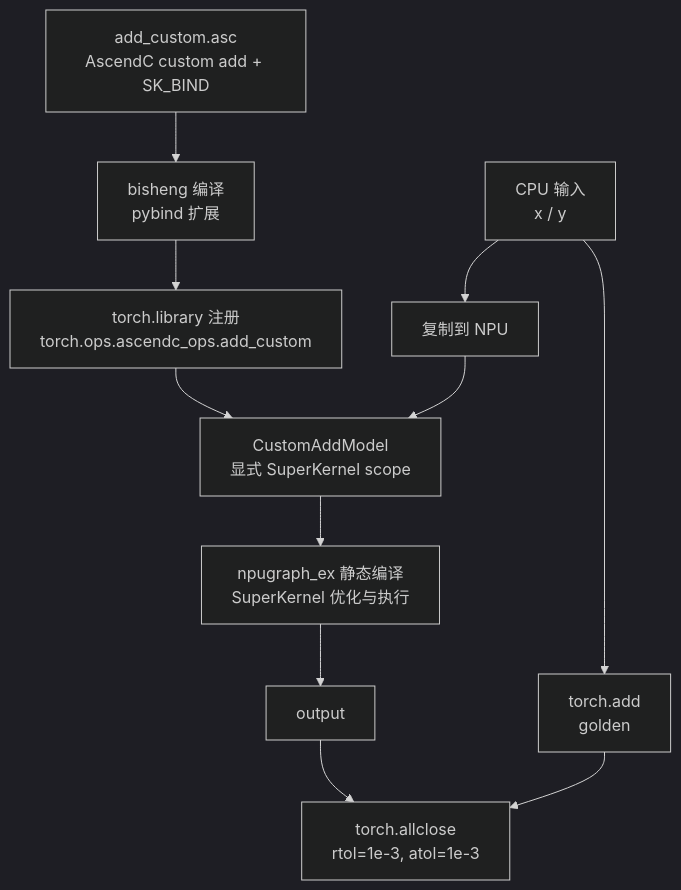
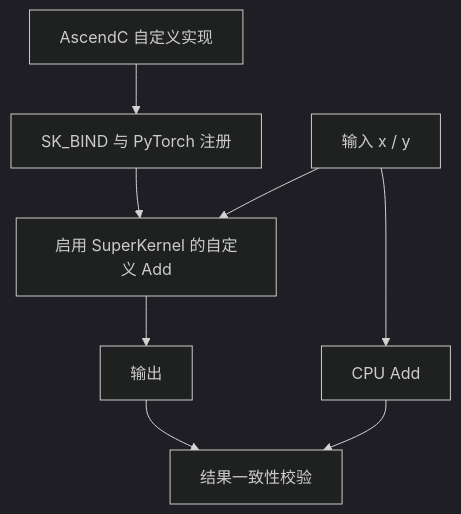
The diagram in super_kernel/examples/aot/example03_kernel_pybind/README.md (hicann/graph-autofusion), drawn with Mermaid (dark theme) before and after one commit. The commit also changed other lines of this file and 5 other files, not shown here.

First line of the commit message:
docs(examples): 优化 AOT 样例说明与流程图

````diff
--- a/super_kernel/examples/aot/example03_kernel_pybind/README.md
+++ b/super_kernel/examples/aot/example03_kernel_pybind/README.md
@@ -58,13 +58,12 @@
 ```mermaid
 flowchart TB
-    source["add_custom.asc<br/>AscendC custom add + SK_BIND"] --> extension["bisheng 编译<br/>pybind 扩展"]
-    extension --> registered["torch.library 注册<br/>torch.ops.ascendc_ops.add_custom"]
-    registered --> model["CustomAddModel<br/>显式 SuperKernel scope"]
-    inputs["CPU 输入<br/>x / y"] --> golden["torch.add<br/>golden"]
-    inputs --> npu["复制到 NPU"]
-    npu --> model
-    model --> compiled["npugraph_ex 静态编译<br/>SuperKernel 优化与执行"]
-    compiled --> output[output]
-    golden --> check["torch.allclose<br/>rtol=1e-3, atol=1e-3"]
-    output --> check
+    source["AscendC 自定义实现"] --> integration["SK_BIND 与 PyTorch 注册"]
+    integration --> custom_add["启用 SuperKernel 的自定义 Add"]
+
+    inputs["输入 x / y"] --> custom_add
+    custom_add --> output["输出"]
+
+    inputs --> golden["CPU Add"]
+    output --> check["结果一致性校验"]
+    golden --> check
 ```
````
